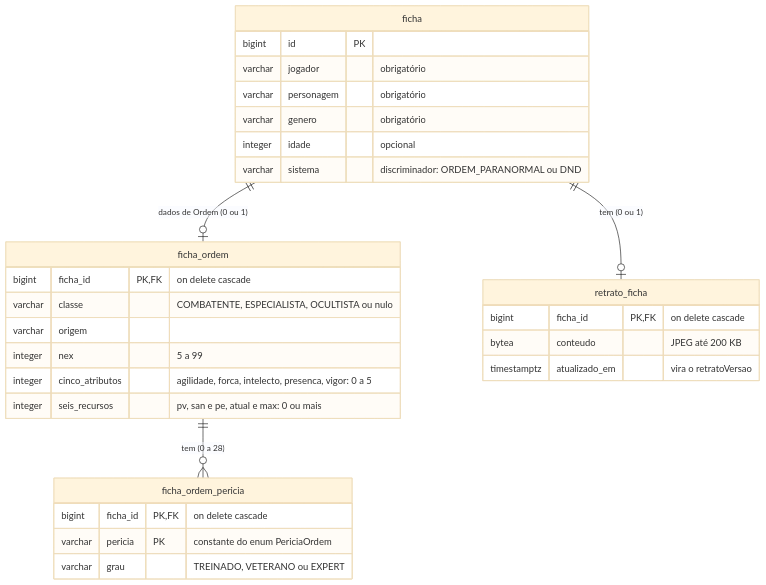
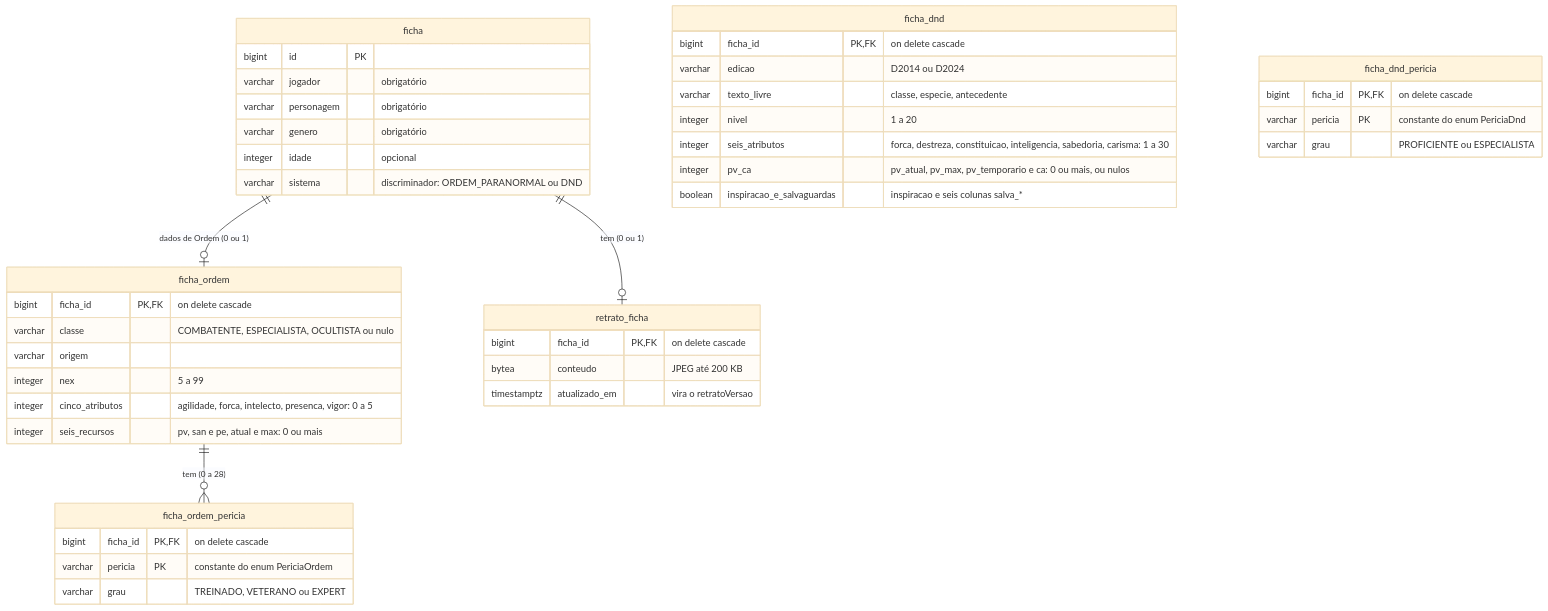
One commit to Deive25/Gerenciador-de-Fichas-RPG changed the second of 2 diagrams in README.md. Above: the diagram before and after it, drawn with Mermaid (base theme). The commit also changed other lines of this file and 2 other files, not shown here.

Commit message:
docs: README com D&D e atribuicao do SRD; ADR 0017 (SistemaDeFicha)

````diff
--- a/README.md
+++ b/README.md
@@ -228,32 +299,46 @@
 ```mermaid
 erDiagram
     ficha ||--o| ficha_ordem : "dados de Ordem (0 ou 1)"
     ficha_ordem ||--o{ ficha_ordem_pericia : "tem (0 a 28)"
     ficha ||--o| retrato_ficha : "tem (0 ou 1)"
     ficha {
         bigint id PK
         varchar jogador "obrigatório"
         varchar personagem "obrigatório"
         varchar genero "obrigatório"
         integer idade "opcional"
         varchar sistema "discriminador: ORDEM_PARANORMAL ou DND"
     }
     ficha_ordem {
         bigint ficha_id PK, FK "on delete cascade"
         varchar classe "COMBATENTE, ESPECIALISTA, OCULTISTA ou nulo"
         varchar origem
         integer nex "5 a 99"
         integer cinco_atributos "agilidade, forca, intelecto, presenca, vigor: 0 a 5"
         integer seis_recursos "pv, san e pe, atual e max: 0 ou mais"
     }
     ficha_ordem_pericia {
         bigint ficha_id PK, FK "on delete cascade"
         varchar pericia PK "constante do enum PericiaOrdem"
         varchar grau "TREINADO, VETERANO ou EXPERT"
     }
+    ficha_dnd {
+        bigint ficha_id PK, FK "on delete cascade"
+        varchar edicao "D2014 ou D2024"
+        varchar texto_livre "classe, especie, antecedente"
+        integer nivel "1 a 20"
+        integer seis_atributos "forca, destreza, constituicao, inteligencia, sabedoria, carisma: 1 a 30"
+        integer pv_ca "pv_atual, pv_max, pv_temporario e ca: 0 ou mais, ou nulos"
+        boolean inspiracao_e_salvaguardas "inspiracao e seis colunas salva_*"
+    }
+    ficha_dnd_pericia {
+        bigint ficha_id PK, FK "on delete cascade"
+        varchar pericia PK "constante do enum PericiaDnd"
+        varchar grau "PROFICIENTE ou ESPECIALISTA"
+    }
     retrato_ficha {
         bigint ficha_id PK, FK "on delete cascade"
         bytea conteudo "JPEG até 200 KB"
         timestamptz atualizado_em "vira o retratoVersao"
     }
 ```
````
